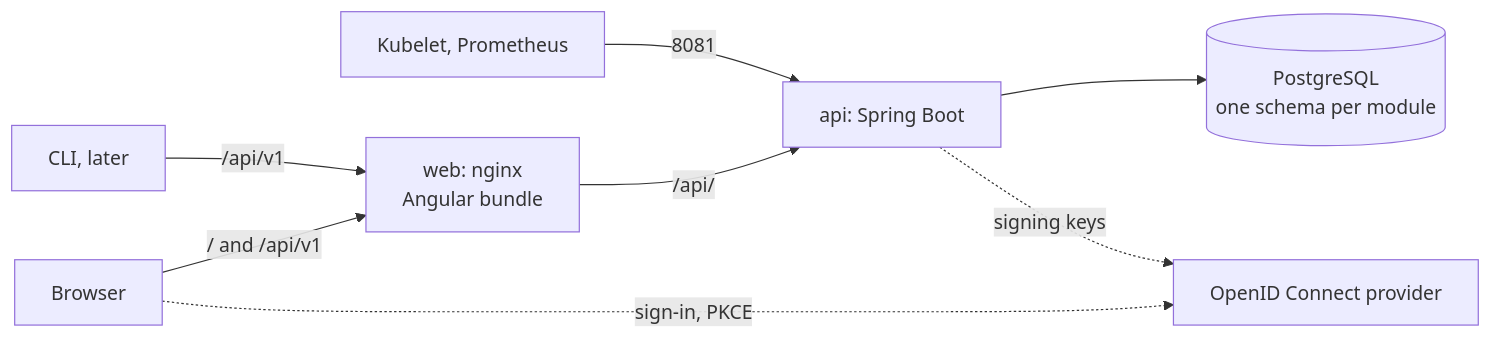
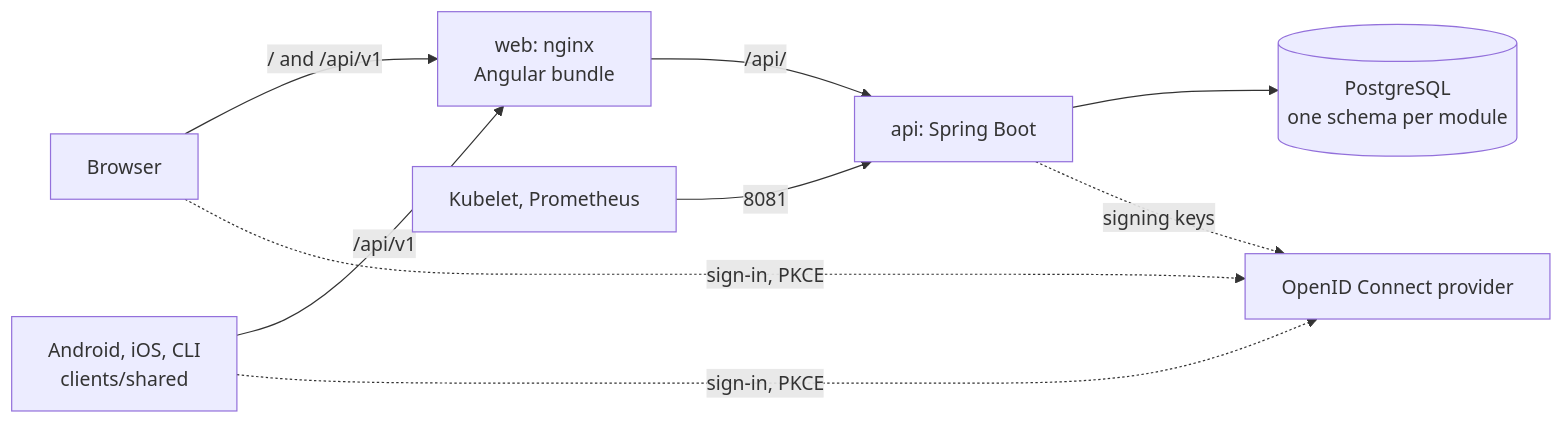
One commit to ylepalud/skeleton-apps changed the diagram in docs/architecture/overview.md. Above: the diagram before and after it, drawn with Mermaid. The commit also changed other lines of this file and 16 other files, not shown here.

First line of the commit message:
docs(clients): document the shared module and its ports

````diff
--- a/docs/architecture/overview.md
+++ b/docs/architecture/overview.md
@@ -5,10 +5,11 @@
 ```mermaid
 flowchart LR
   browser[Browser] -->|/ and /api/v1| web[web: nginx<br/>Angular bundle]
-  cli[CLI, later] -->|/api/v1| web
+  native[Android, iOS, CLI<br/>clients/shared] -->|/api/v1| web
   web -->|/api/| api[api: Spring Boot]
   api --> db[(PostgreSQL<br/>one schema per module)]
   browser -.->|sign-in, PKCE| idp[OpenID Connect provider]
+  native -.->|sign-in, PKCE| idp
   api -.->|signing keys| idp
   probes[Kubelet, Prometheus] -->|8081| api
 ```
````
